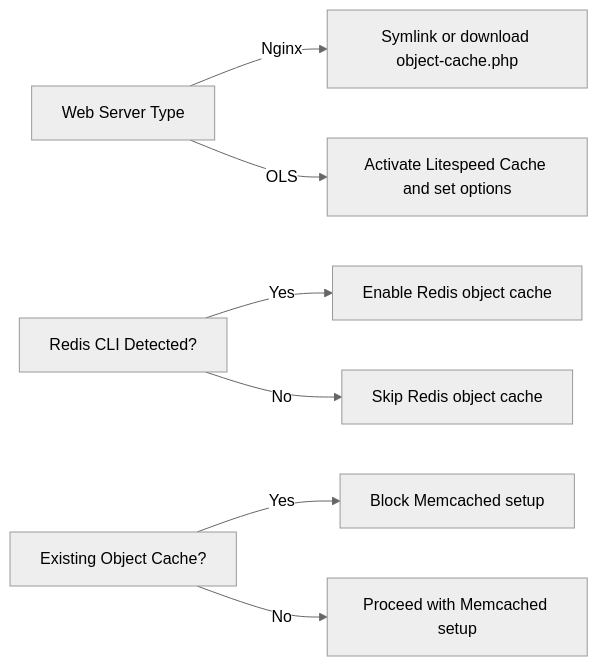
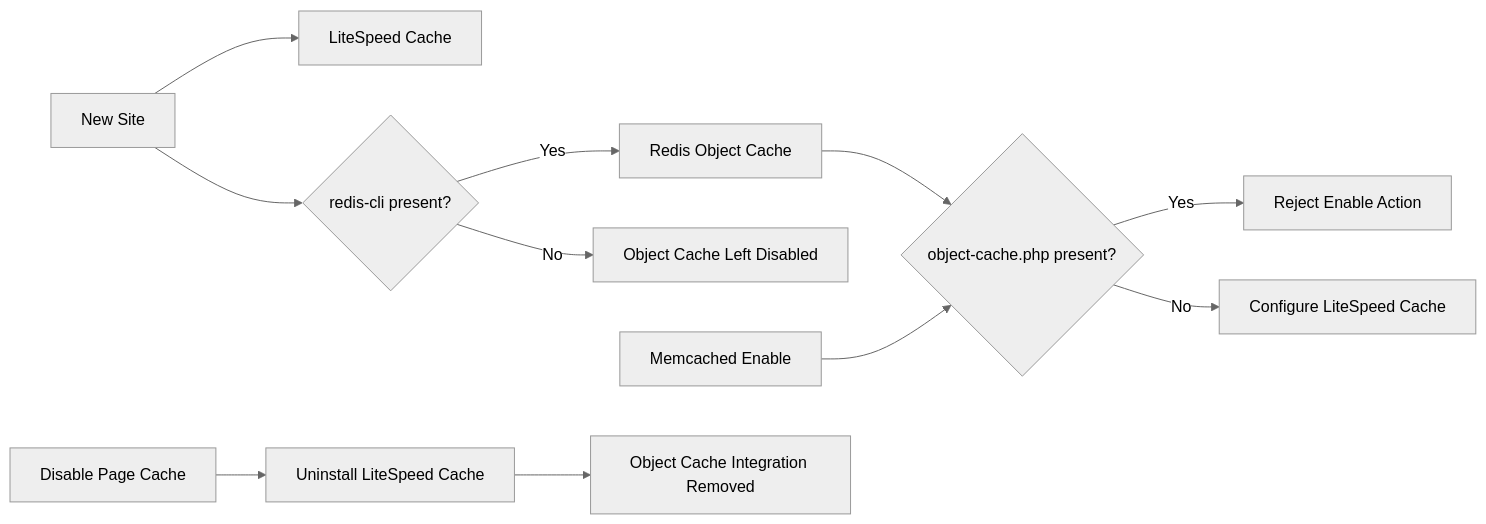
The fourth of 4 diagrams in .qoder/repowiki/en/content/Operational Tools/Performance Optimization Tools/Caching Systems/Caching Systems.md (onedogsolutions/simple-stack), drawn with Mermaid (neutral theme) before and after one commit. The commit also changed other lines of this file and 5941 other files, not shown here.

````diff
--- a/.qoder/repowiki/en/content/Operational Tools/Performance Optimization Tools/Caching Systems/Caching Systems.md
+++ b/.qoder/repowiki/en/content/Operational Tools/Performance Optimization Tools/Caching Systems/Caching Systems.md
@@ -299,9 +279,13 @@
 ```mermaid
 graph LR
-WebServer["Web Server Type"] --> |Nginx| NginxPath["Symlink or download object-cache.php"]
-WebServer --> |OLS| OLSPath["Activate Litespeed Cache and set options"]
-RedisDetected["Redis CLI Detected?"] --> |Yes| EnableRedis["Enable Redis object cache"]
-RedisDetected --> |No| SkipRedis["Skip Redis object cache"]
-ExistingOC["Existing Object Cache?"] --> |Yes| BlockMemcached["Block Memcached setup"]
-ExistingOC --> |No| ProceedMemcached["Proceed with Memcached setup"]
+    NewSite["New Site"] --> LSCache["LiteSpeed Cache"]
+    NewSite --> RedisCheck{"redis-cli present?"}
+    RedisCheck --> |Yes| Redis["Redis Object Cache"]
+    RedisCheck --> |No| NoObject["Object Cache Left Disabled"]
+    Redis --> DropinCheck{"object-cache.php present?"}
+    Memcached["Memcached Enable"] --> DropinCheck
+    DropinCheck --> |Yes| Reject["Reject Enable Action"]
+    DropinCheck --> |No| Configure["Configure LiteSpeed Cache"]
+    PageDisable["Disable Page Cache"] --> RemovePlugin["Uninstall LiteSpeed Cache"]
+    RemovePlugin --> ObjectImpact["Object Cache Integration Removed"]
 ```
````
